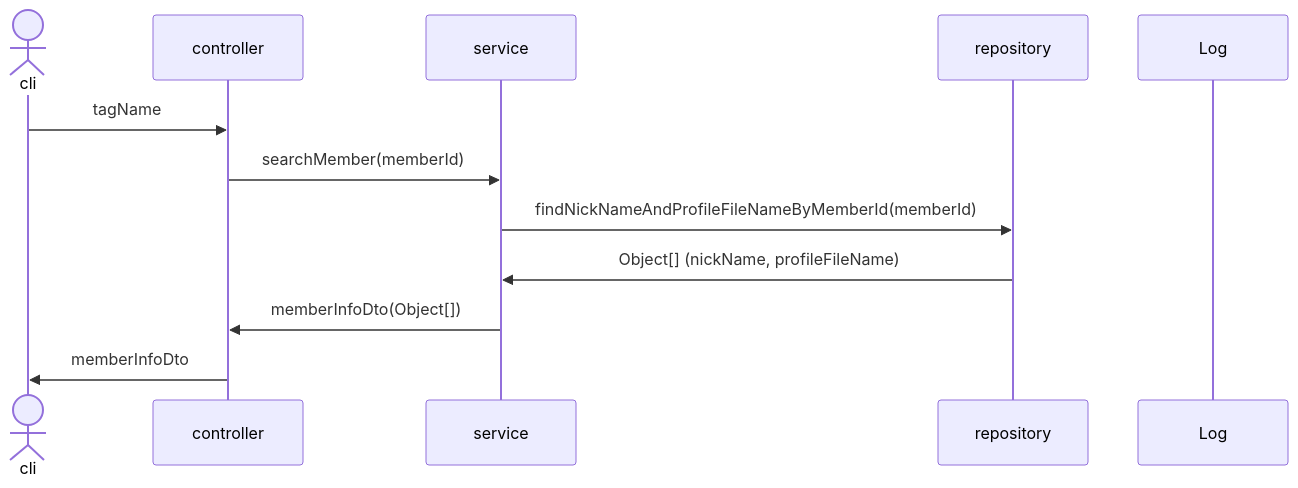
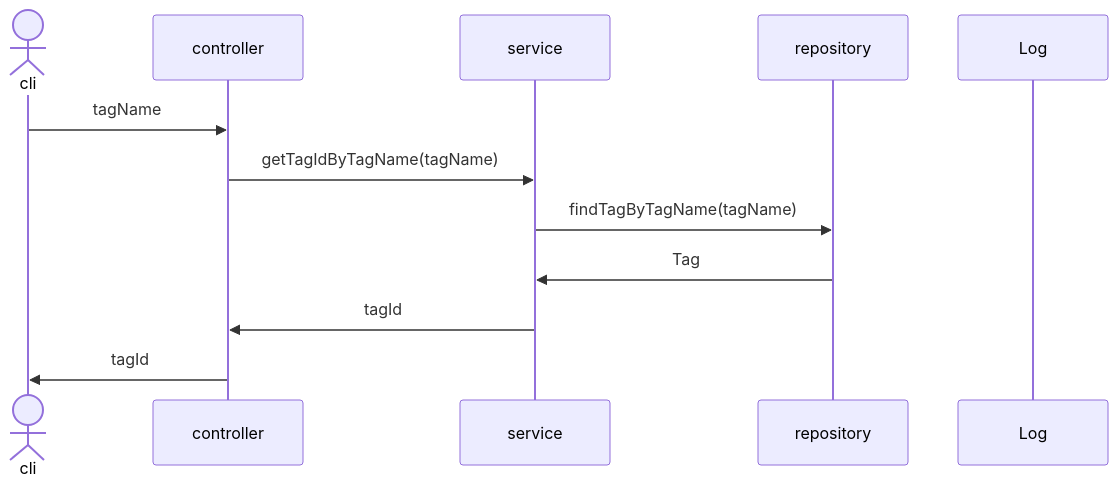
Diagram 21 of 28 in sequence.md (mtak0235/snsX), drawn with Mermaid before and after one commit. The commit also changed other lines of this file, not shown here.

Commit message:
update searchByTagForm & searchByTag sequence diagram

````diff
--- a/sequence.md
+++ b/sequence.md
@@ -445,15 +445,15 @@
 ```mermaid
 sequenceDiagram
 actor cli
 participant c as controller
 participant s as service
 participant r as repository
 participant l as Log
 
 cli->>c: tagName
-c->>s: searchMember(memberId)
-s->>r: findNickNameAndProfileFileNameByMemberId(memberId)
-r->>s: Object[] (nickName, profileFileName)
-s->>c: memberInfoDto(Object[])
-c->>cli: memberInfoDto
+c->>s: getTagIdByTagName(tagName)
+s->>r: findTagByTagName(tagName)
+r->>s: Tag
+s->>c: tagId
+c->>cli: tagId
 ```
````
